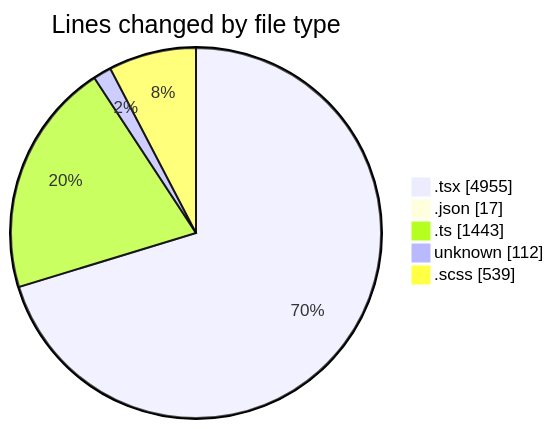
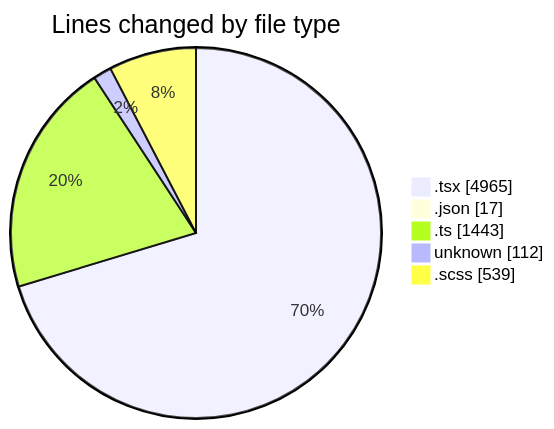
The first of 2 diagrams in 2026-04-30/cda/README.md (momahboobian/code-tracking), drawn with Mermaid before and after one commit. The commit also changed other lines of this file and 1 other file, not shown here.

````diff
--- a/2026-04-30/cda/README.md
+++ b/2026-04-30/cda/README.md
@@ -69,9 +69,9 @@
 ```mermaid
 pie showData
 title Lines changed by file type
-".tsx" : 4955
+".tsx" : 4965
 ".json" : 17
 ".ts" : 1443
 "unknown" : 112
 ".scss" : 539
 ```
````
